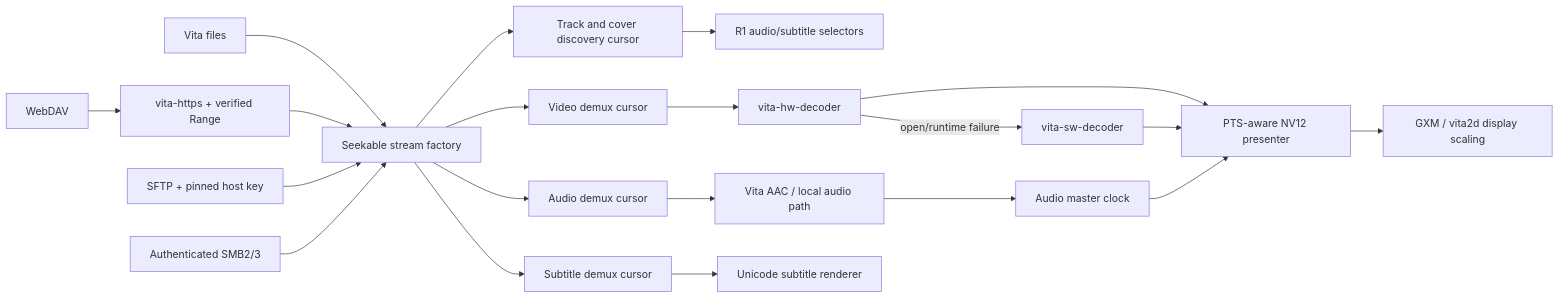
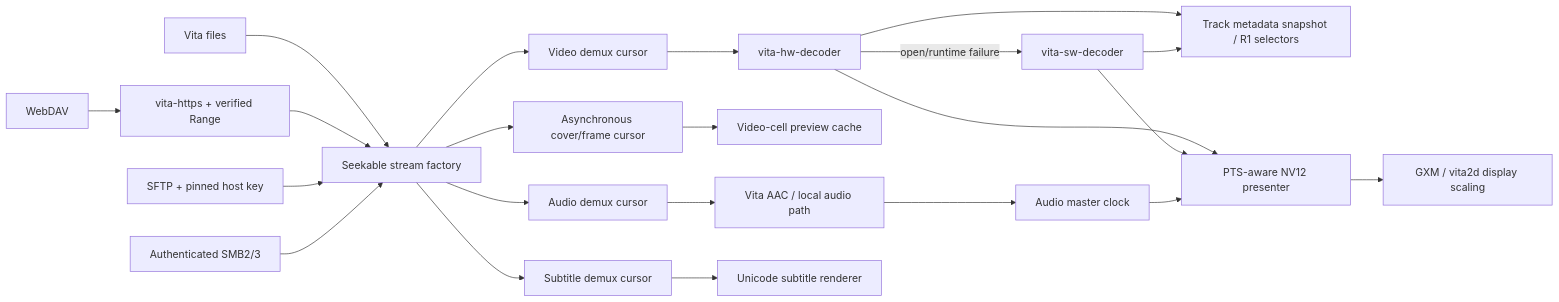
The diagram in README.md (spyro-98/VitaMediaDeck), drawn with Mermaid before and after one commit. The commit also changed other lines of this file and 26 other files, not shown here.

````diff
--- a/README.md
+++ b/README.md
@@ -174,22 +193,24 @@
 ```mermaid
 flowchart LR
     L["Vita files"] --> F["Seekable stream factory"]
     W["WebDAV"] --> T["vita-https + verified Range"]
     T --> F
     S["SFTP + pinned host key"] --> F
     M["Authenticated SMB2/3"] --> F
-    F --> D0["Track and cover discovery cursor"]
     F --> D1["Video demux cursor"]
     F --> D2["Audio demux cursor"]
     F --> D3["Subtitle demux cursor"]
-    D0 --> O["R1 audio/subtitle selectors"]
     D1 --> H["vita-hw-decoder"]
     H -->|"open/runtime failure"| SW["vita-sw-decoder"]
+    H --> O["Track metadata snapshot / R1 selectors"]
+    SW --> O
+    F --> T0["Asynchronous cover/frame cursor"]
+    T0 --> V["Video-cell preview cache"]
     D2 --> A["Vita AAC / local audio path"]
     D3 --> U["Unicode subtitle renderer"]
     H --> P["PTS-aware NV12 presenter"]
     SW --> P
     A --> C["Audio master clock"]
     C --> P
     P --> G["GXM / vita2d display scaling"]
 ```
````
